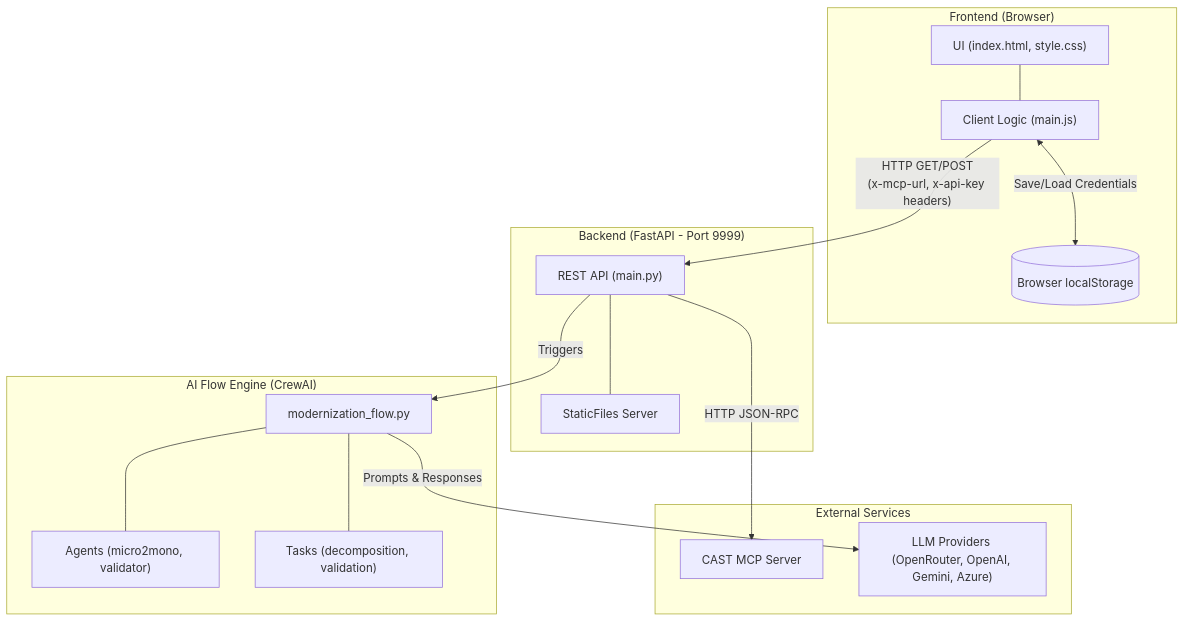
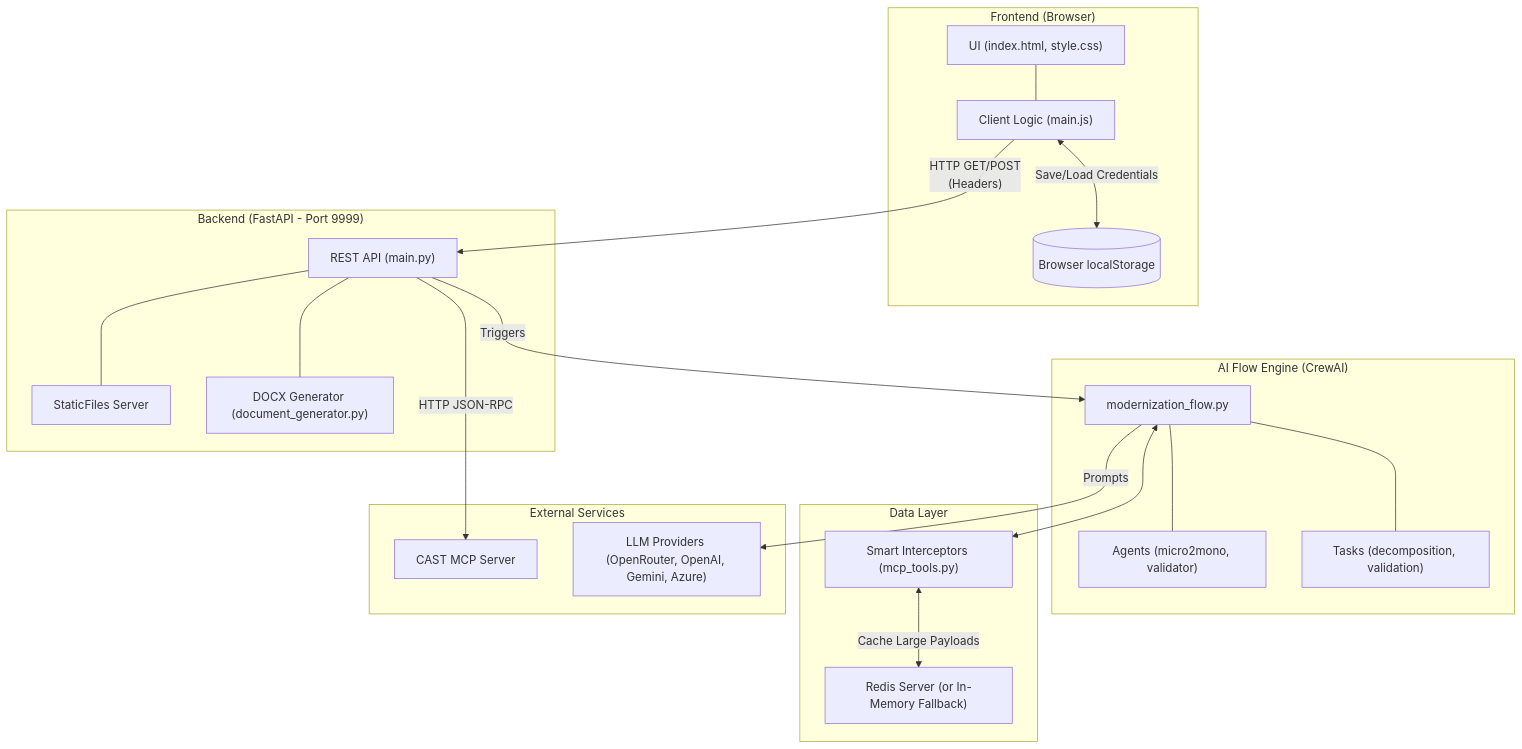
The diagram in playbook.md (theabhisheksinha/Archaion), drawn with Mermaid before and after one commit. The commit also changed other lines of this file and 19 other files, not shown here.

First line of the commit message:
feat: add Redis caching layer and improve agent reasoning for modernization reports

````diff
--- a/playbook.md
+++ b/playbook.md
@@ -20,35 +20,44 @@
 ```mermaid
 graph TD
     subgraph Frontend ["Frontend (Browser)"]
         UI["UI (index.html, style.css)"]
         JS["Client Logic (main.js)"]
         LocalStore[("Browser localStorage")]
         UI --- JS
         JS <-->|"Save/Load Credentials"| LocalStore
     end
 
     subgraph Backend ["Backend (FastAPI - Port 9999)"]
         API["REST API (main.py)"]
         Static["StaticFiles Server"]
+        Docx["DOCX Generator (document_generator.py)"]
         API --- Static
+        API --- Docx
     end
 
     subgraph AIEngine ["AI Flow Engine (CrewAI)"]
         Flow["modernization_flow.py"]
         Agents["Agents (micro2mono, validator)"]
         Tasks["Tasks (decomposition, validation)"]
         Flow --- Agents
         Flow --- Tasks
     end
+    
+    subgraph Persistence ["Data Layer"]
+        Redis["Redis Server (or In-Memory Fallback)"]
+        MCP_Wrapper["Smart Interceptors (mcp_tools.py)"]
+        MCP_Wrapper <-->|"Cache Large Payloads"| Redis
+    end
 
     subgraph External ["External Services"]
         MCP["CAST MCP Server"]
         LLM["LLM Providers (OpenRouter, OpenAI, Gemini, Azure)"]
     end
 
     %% Connections
-    JS -- "HTTP GET/POST\n(x-mcp-url, x-api-key headers)" --> API
+    JS -- "HTTP GET/POST\n(Headers)" --> API
     API -- "HTTP JSON-RPC" --> MCP
     API -- "Triggers" --> Flow
-    Flow -- "Prompts & Responses" --> LLM
+    Flow -- "Prompts" --> LLM
+    Flow <--> MCP_Wrapper
 ```
````
